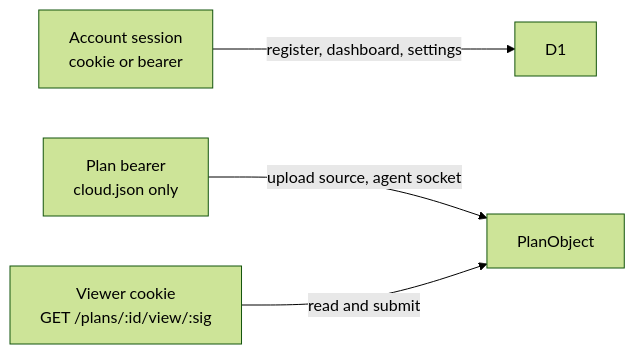
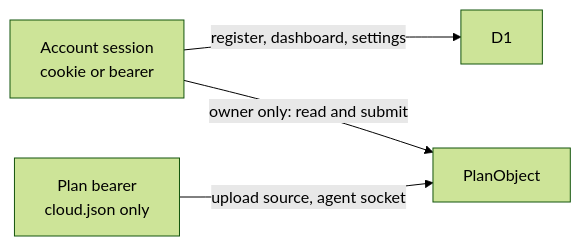
One commit to marco-calderon/visual-living-plan changed the third of 10 diagrams in docs/architecture/README.md. Above: the diagram before and after it, drawn with Mermaid (forest theme). The commit also changed other lines of this file and 14 other files, not shown here.

First line of the commit message:
Open hosted plans only for the owning account (1.14.0)

````diff
--- a/docs/architecture/README.md
+++ b/docs/architecture/README.md
@@ -113,6 +113,6 @@
 ```mermaid
 flowchart LR
   Account["Account session<br/>cookie or bearer"] -->|"register, dashboard, settings"| D1["D1"]
-  PlanBearer["Plan bearer<br/>cloud.json only"] -->|"upload source, agent socket"| DO["PlanObject"]
-  Viewer["Viewer cookie<br/>GET /plans/:id/view/:sig"] -->|"read and submit"| DO
+  Account -->|"owner only: read and submit"| DO["PlanObject"]
+  PlanBearer["Plan bearer<br/>cloud.json only"] -->|"upload source, agent socket"| DO
 ```
````
